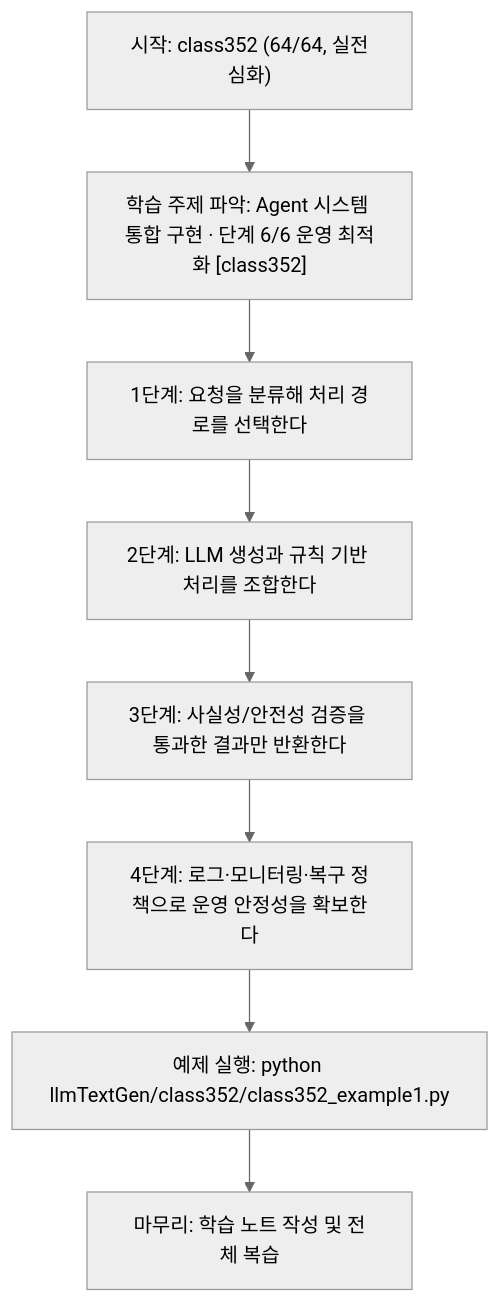
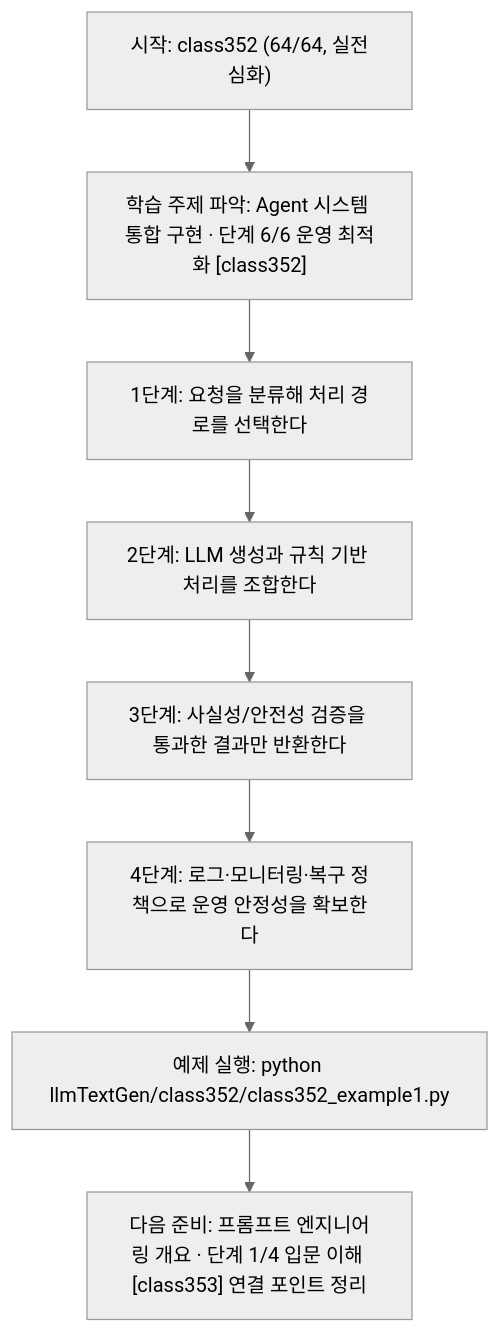
Before and after one commit to edumgt/Python-AI_Agent-Class: the diagram in llmTextGen/class352/class352.md, drawn with Mermaid (neutral theme). The commit also changed other lines of this file and 1409 other files, not shown here.

````diff
--- a/llmTextGen/class352/class352.md
+++ b/llmTextGen/class352/class352.md
@@ -95,18 +95,18 @@
 ```mermaid
 flowchart TD
 N1["시작: class352 (64/64, 실전심화)"]
 N2["학습 주제 파악: Agent 시스템 통합 구현 · 단계 6/6 운영 최적화 [class352]"]
 N3["1단계: 요청을 분류해 처리 경로를 선택한다"]
 N4["2단계: LLM 생성과 규칙 기반 처리를 조합한다"]
 N5["3단계: 사실성/안전성 검증을 통과한 결과만 반환한다"]
 N6["4단계: 로그·모니터링·복구 정책으로 운영 안정성을 확보한다"]
 N7["예제 실행: python llmTextGen/class352/class352_example1.py"]
-N8["마무리: 학습 노트 작성 및 전체 복습"]
+N8["다음 준비: 프롬프트 엔지니어링 개요 · 단계 1/4 입문 이해 [class353] 연결 포인트 정리"]
 N1 --> N2
 N2 --> N3
 N3 --> N4
 N4 --> N5
 N5 --> N6
 N6 --> N7
 N7 --> N8
 ```
````
